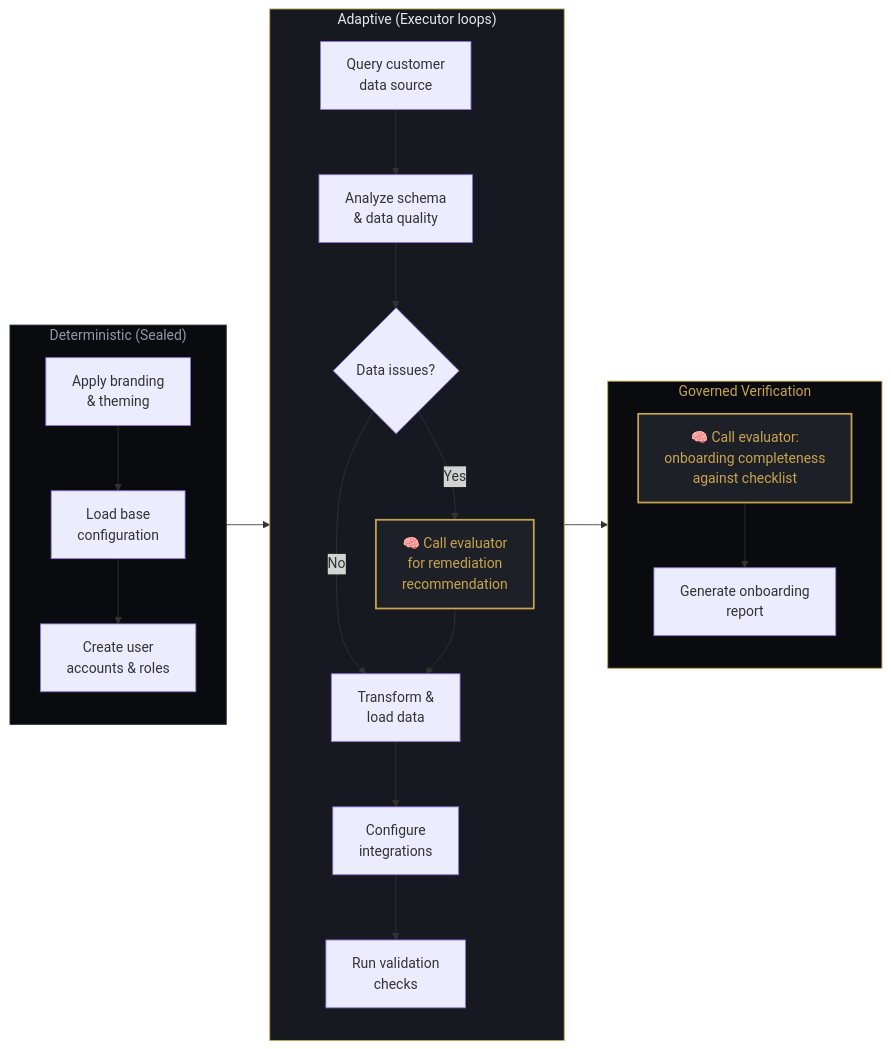
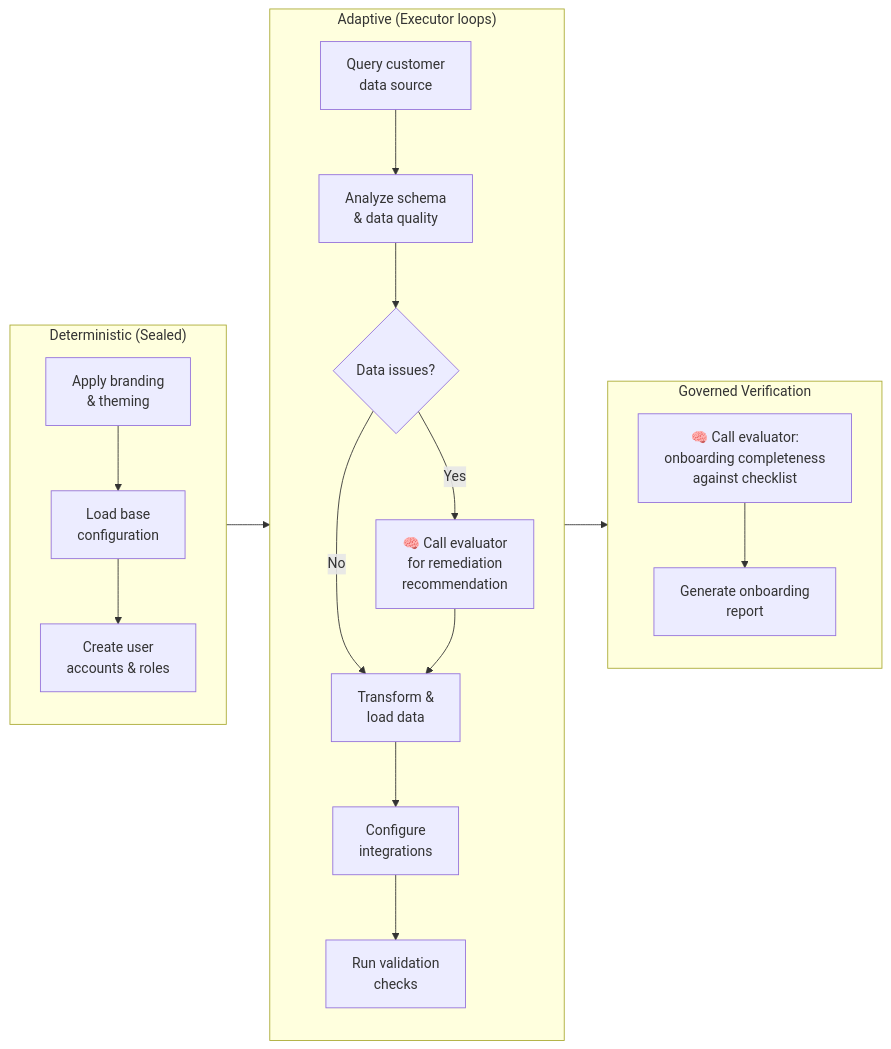
One commit to amadalis-ai/forge-architecture changed the sixth of 10 diagrams in docs/diagrams-draft.md. Above: the diagram before and after it, drawn with Mermaid. The commit also changed other lines of this file, not shown here.

Commit message:
Remove custom dark styling from diagrams — use GitHub default theme for visibility

````diff
--- a/docs/diagrams-draft.md
+++ b/docs/diagrams-draft.md
@@ -192,41 +164,35 @@
 ```mermaid
 flowchart LR
     subgraph SEALED["Deterministic (Sealed)"]
         direction TB
         S1["Apply branding\n& theming"]
         S2["Load base\nconfiguration"]
         S3["Create user\naccounts & roles"]
         S1 --> S2 --> S3
     end
 
     subgraph ADAPTIVE["Adaptive (Executor loops)"]
         direction TB
         A1["Query customer\ndata source"]
         A2["Analyze schema\n& data quality"]
         A3{"Data issues?"}
         A4["🧠 Call evaluator\nfor remediation\nrecommendation"]
         A5["Transform &\nload data"]
         A6["Configure\nintegrations"]
         A7["Run validation\nchecks"]
 
         A1 --> A2 --> A3
         A3 -->|No| A5
         A3 -->|Yes| A4 --> A5
         A5 --> A6 --> A7
     end
 
     subgraph VERIFY["Governed Verification"]
         direction TB
         V1["🧠 Call evaluator:\nonboarding completeness\nagainst checklist"]
         V2["Generate onboarding\nreport"]
         V1 --> V2
     end
 
     SEALED --> ADAPTIVE --> VERIFY
-
-    style SEALED fill:#0a0b0f,stroke:#2a2d38,color:#9498a8
-    style ADAPTIVE fill:#161920,stroke:#c8a44e,color:#e8e9ed
-    style VERIFY fill:#0a0b0f,stroke:#c8a44e,color:#c8a44e
-    style A4 fill:#1e2028,stroke:#c8a44e,color:#c8a44e,stroke-width:2px
-    style V1 fill:#1e2028,stroke:#c8a44e,color:#c8a44e,stroke-width:2px
 ```
````
